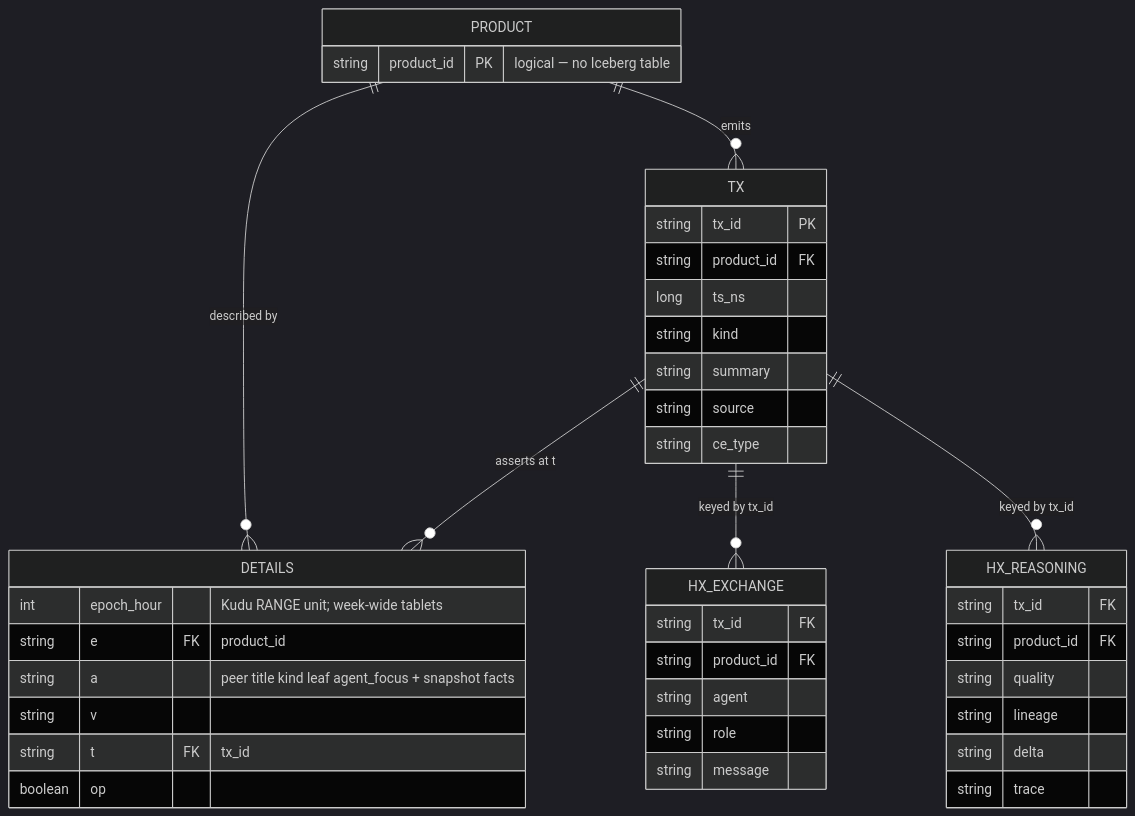
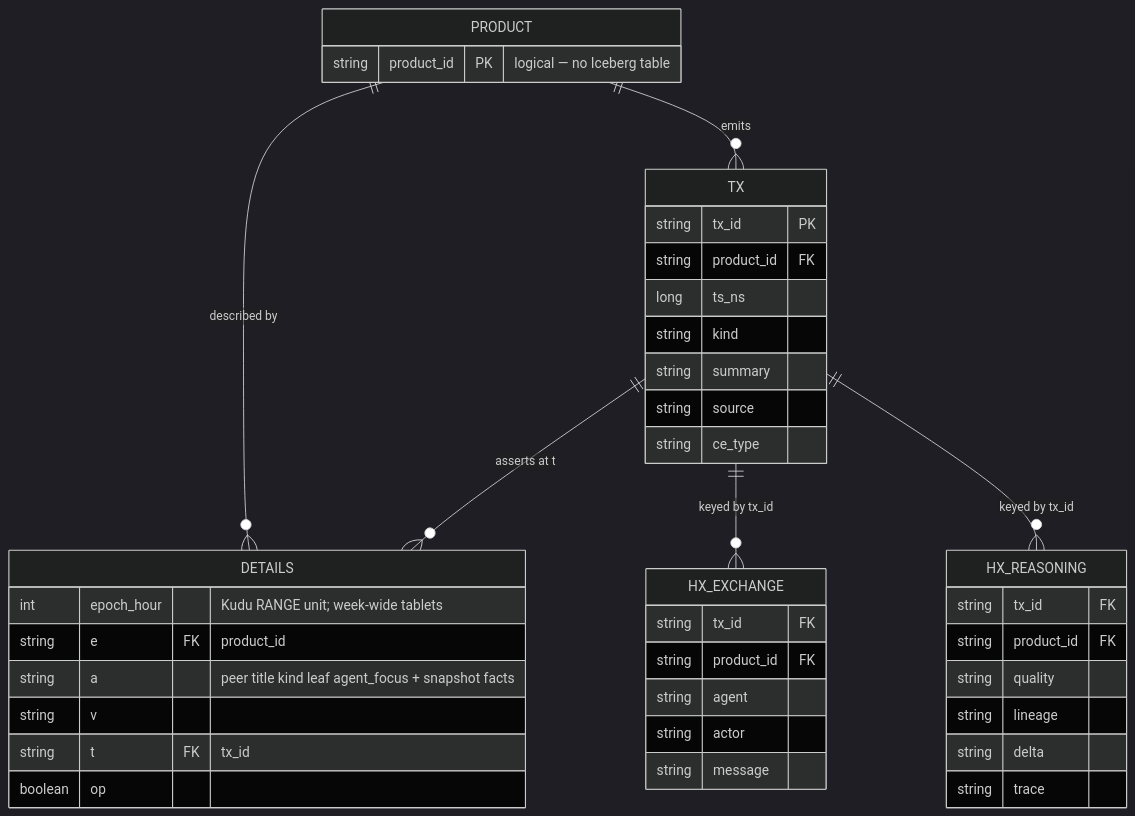
One commit to weathership/signals changed the diagram in docs/current/src/architecture/data-product-history.md. Above: the diagram before and after it, drawn with Mermaid (dark theme). The commit also changed 12 other files, not shown here.

````diff
--- a/docs/current/src/architecture/data-product-history.md
+++ b/docs/current/src/architecture/data-product-history.md
@@ -40,44 +40,44 @@
 ```mermaid
 erDiagram
     PRODUCT ||--o{ TX : "emits"
     PRODUCT ||--o{ DETAILS : "described by"
     TX ||--o{ DETAILS : "asserts at t"
     TX ||--o{ HX_EXCHANGE : "keyed by tx_id"
     TX ||--o{ HX_REASONING : "keyed by tx_id"
 
     PRODUCT {
         string product_id PK "logical — no Iceberg table"
     }
     TX {
         string tx_id PK
         string product_id FK
         long ts_ns
         string kind
         string summary
         string source
         string ce_type
     }
     DETAILS {
         int epoch_hour "Kudu RANGE unit; week-wide tablets"
         string e FK "product_id"
         string a "peer title kind leaf agent_focus + snapshot facts"
         string v
         string t FK "tx_id"
         boolean op
     }
     HX_EXCHANGE {
         string tx_id FK
         string product_id FK
         string agent
-        string role
+        string actor
         string message
     }
     HX_REASONING {
         string tx_id FK
         string product_id FK
         string quality
         string lineage
         string delta
         string trace
     }
 ```
````
